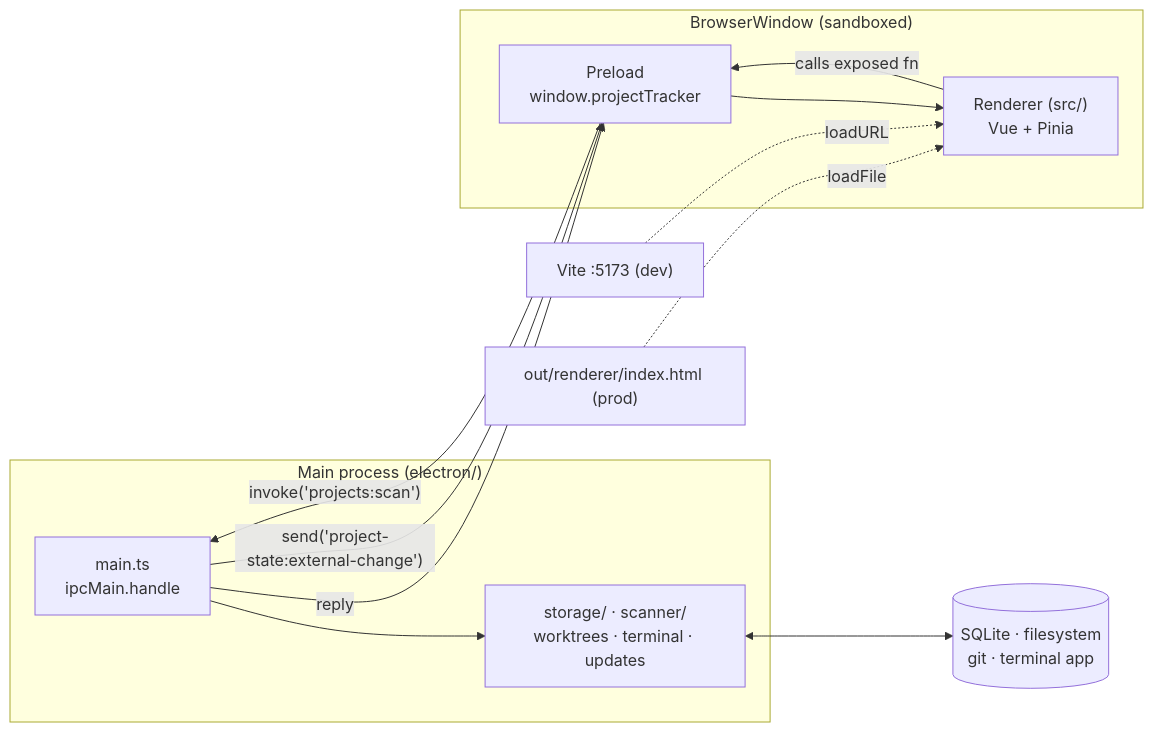
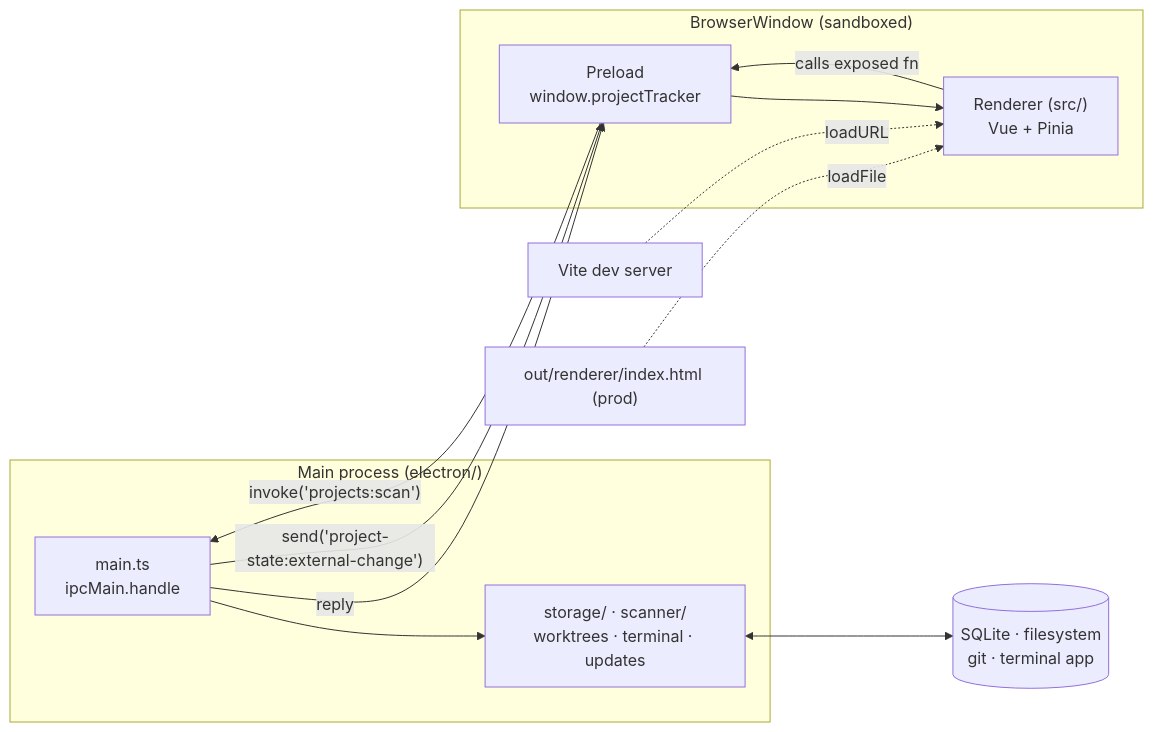
One commit to notTag/ProjectTrackerElectronApp changed the diagram in README.md. Above: the diagram before and after it, drawn with Mermaid. The commit also changed other lines of this file and 7 other files, not shown here.

First line of the commit message:
chore: per-worktree dev server port (#88)

````diff
--- a/README.md
+++ b/README.md
@@ -218,16 +226,16 @@
 ```mermaid
 flowchart LR
     subgraph MAIN["Main process (electron/)"]
         M["main.ts<br/>ipcMain.handle"] --> OS["storage/ · scanner/<br/>worktrees · terminal · updates"]
     end
     subgraph WIN["BrowserWindow (sandboxed)"]
         P["Preload<br/>window.projectTracker"] --> R["Renderer (src/)<br/>Vue + Pinia"]
     end
     OS <--> FS[("SQLite · filesystem<br/>git · terminal app")]
     R -- "calls exposed fn" --> P
     P -- "invoke('projects:scan')" --> M
     M -- "reply" --> P
     M -- "send('project-state:external-change')" --> P
-    VITE["Vite :5173 (dev)"] -. loadURL .-> R
+    VITE["Vite dev server"] -. loadURL .-> R
     HTML["out/renderer/index.html (prod)"] -. loadFile .-> R
 ```
````
